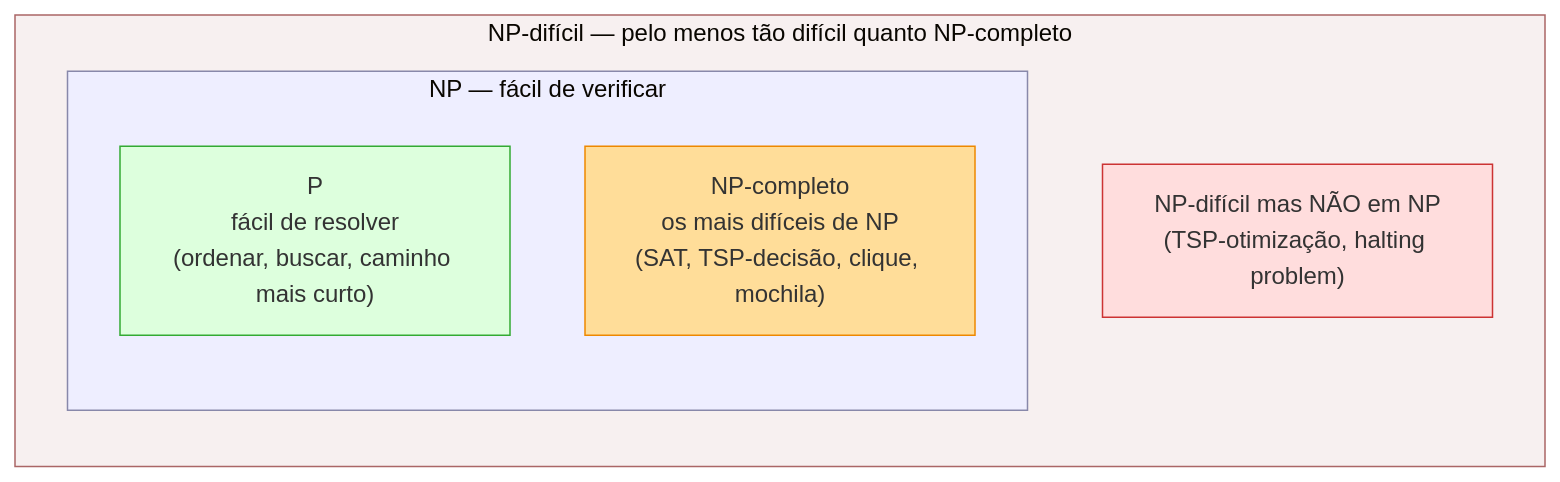
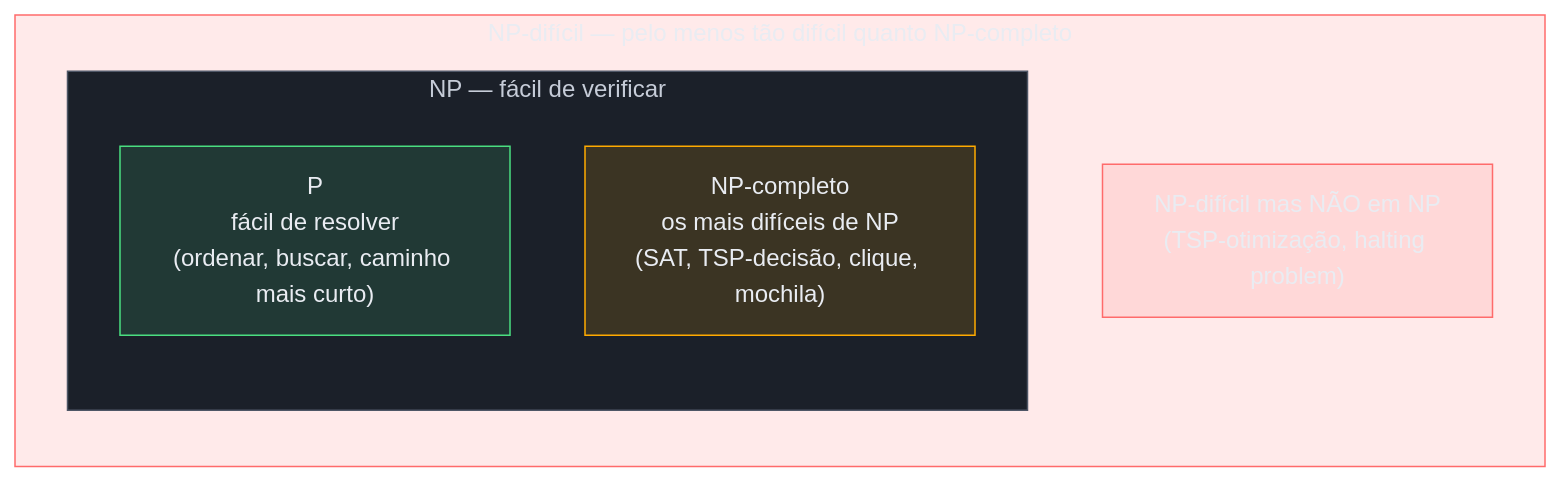
One commit to josenaldo/codex-technomanticus changed the third of 5 diagrams in 03-Dominios/Ciência/Algoritmos/13 - Intratabilidade.md. Above: the diagram before and after it, drawn with Mermaid (base theme). The commit also changed other lines of this file and 1181 other files, not shown here.

First line of the commit message:
fix(diagramas): paleta do sistema no lugar de cor cravada no markdown

````diff
--- a/03-Dominios/Ciência/Algoritmos/13 - Intratabilidade.md
+++ b/03-Dominios/Ciência/Algoritmos/13 - Intratabilidade.md
@@ -176,18 +180,22 @@
 ```mermaid
 flowchart TD
+    classDef ok fill:#4ADE8021,stroke:#4ADE80,color:#E9ECF2
+    classDef destaque fill:#FFAA0024,stroke:#FFAA00,color:#E9ECF2
+    classDef falha fill:#FF6B6B24,stroke:#FF6B6B,color:#E9ECF2
+    classDef neutro fill:#1B2029,stroke:#4E5666,color:#C6CCD8
     subgraph NPhard["NP-difícil — pelo menos tão difícil quanto NP-completo"]
         direction TB
         subgraph NP["NP — fácil de verificar"]
             direction TB
             P["P\nfácil de resolver\n(ordenar, buscar, caminho mais curto)"]
             NPC["NP-completo\nos mais difíceis de NP\n(SAT, TSP-decisão, clique, mochila)"]
         end
         FORA["NP-difícil mas NÃO em NP\n(TSP-otimização, halting problem)"]
     end
 
-    style P fill:#dfd,stroke:#3a3
-    style NPC fill:#fd9,stroke:#e80
-    style FORA fill:#fdd,stroke:#c33
-    style NP fill:#eef,stroke:#88a
-    style NPhard fill:#f7f0f0,stroke:#a66
+    class P ok
+    class NPC destaque
+    class FORA falha
+    class NP neutro
+    class NPhard falha
 ```
````
